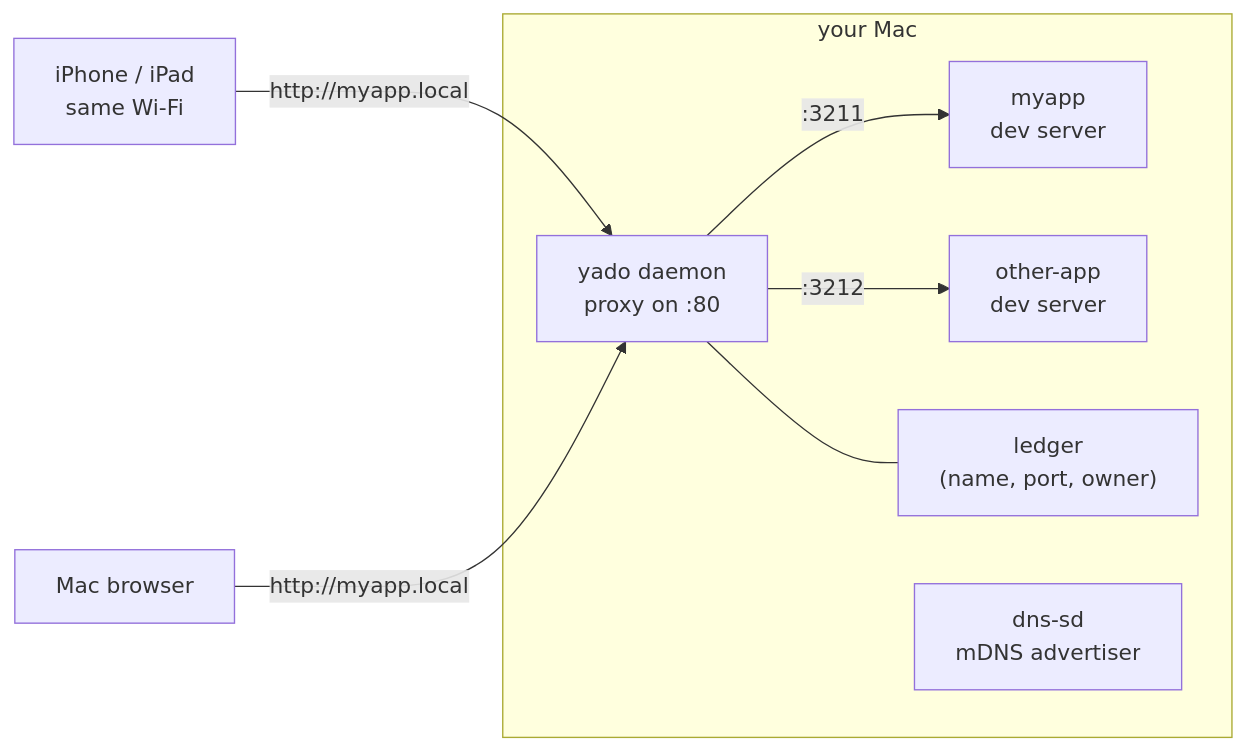
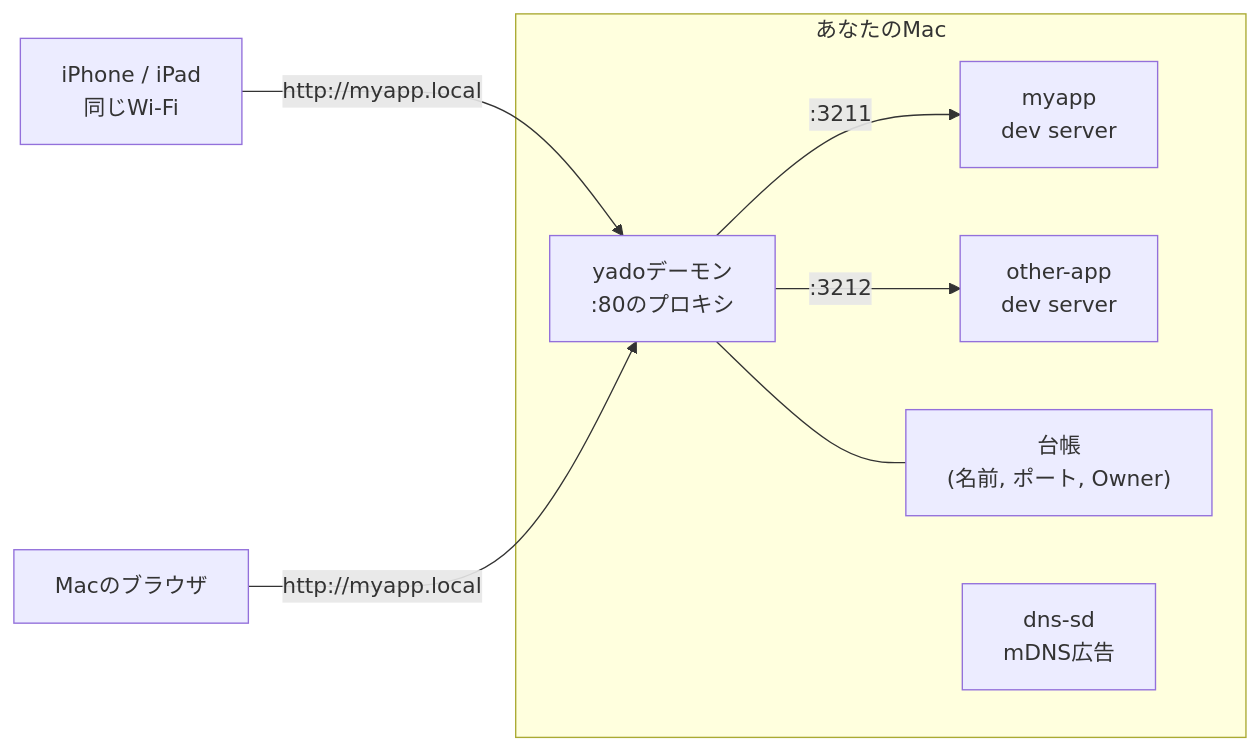
Before and after one commit to y-migita/yado: the diagram in README.md, drawn with Mermaid. The commit also changed other lines of this file and 2 other files, not shown here.

````diff
--- a/README.md
+++ b/README.md
@@ -87,11 +84,11 @@
 ```mermaid
 flowchart LR
-    phone["iPhone / iPad<br/>same Wi-Fi"] -->|"http://myapp.local"| proxy
-    browser["Mac browser"] -->|"http://myapp.local"| proxy
-    subgraph mac["your Mac"]
-        proxy["yado daemon<br/>proxy on :80"] -->|":3211"| a["myapp<br/>dev server"]
+    phone["iPhone / iPad<br/>同じWi-Fi"] -->|"http://myapp.local"| proxy
+    browser["Macのブラウザ"] -->|"http://myapp.local"| proxy
+    subgraph mac["あなたのMac"]
+        proxy["yadoデーモン<br/>:80のプロキシ"] -->|":3211"| a["myapp<br/>dev server"]
         proxy -->|":3212"| b["other-app<br/>dev server"]
-        proxy --- ledger["ledger<br/>(name, port, owner)"]
-        dnssd["dns-sd<br/>mDNS advertiser"]
+        proxy --- ledger["台帳<br/>(名前, ポート, Owner)"]
+        dnssd["dns-sd<br/>mDNS広告"]
     end
 ```
````
